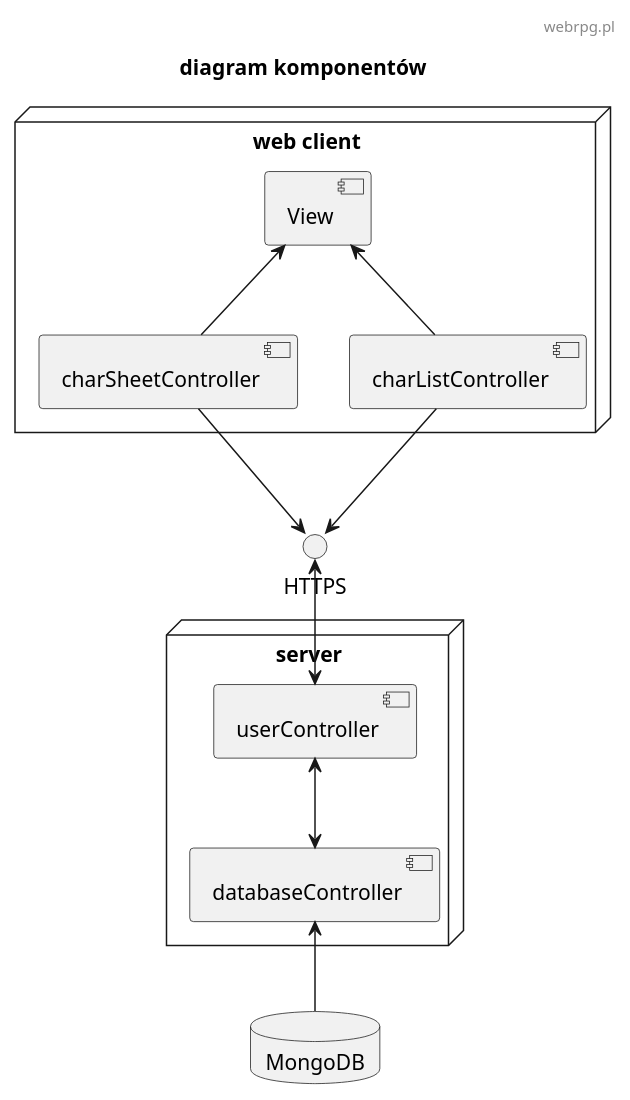
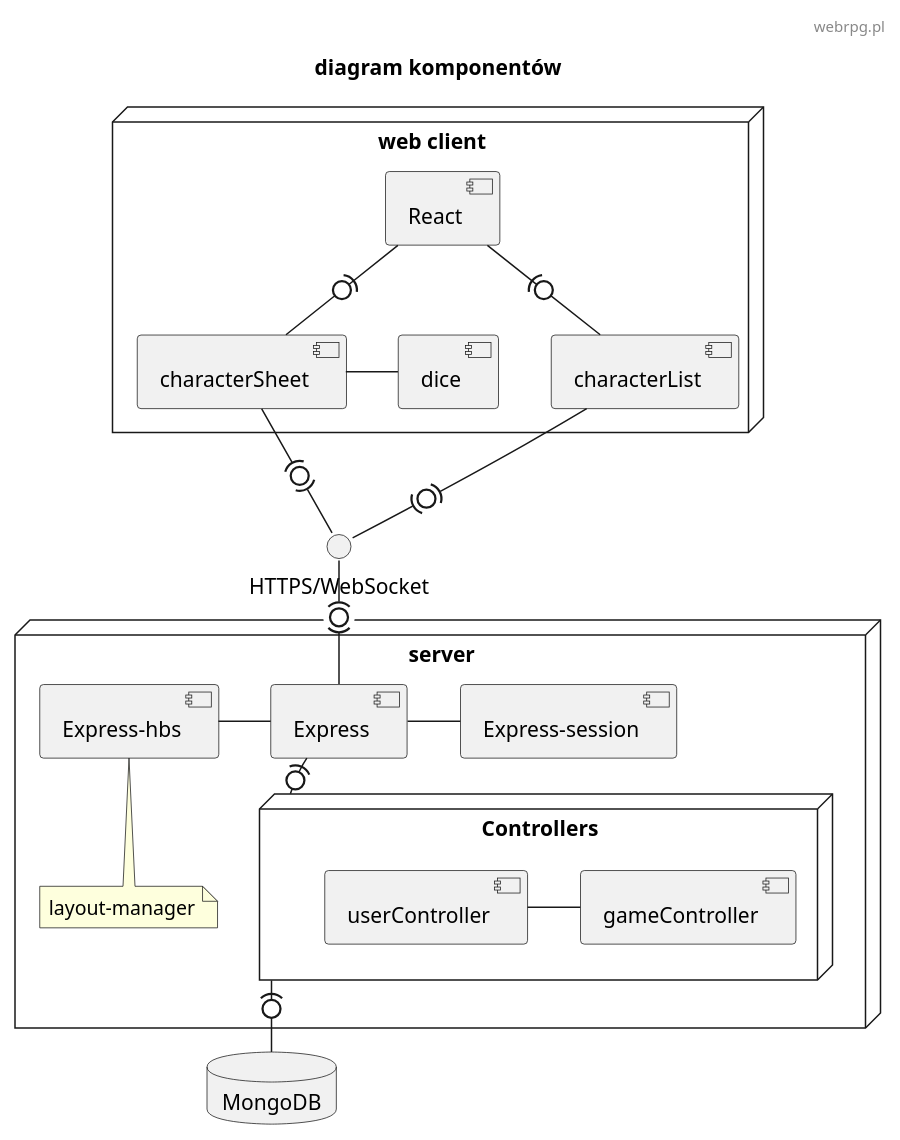
One commit to TheVivent-Politechnika-Lodzka/io_webrpg changed the diagram in diagrams/diagram_komponentów.plantuml. Above: the diagram before and after it, drawn with PlantUML. The commit also changed 1 other file, not shown here.

Commit message:
diagram komponentów porobiony(?)

```diff
--- a/diagrams/diagram_komponentów.plantuml
+++ b/diagrams/diagram_komponentów.plantuml
@@ -1,28 +1,40 @@
 @startuml
 skinparam defaultFontName "Comic Sans MS"
 header webrpg.pl
 title "diagram komponentów"
 'left to right direction
 
-interface HTTPS
+interface "HTTPS/WebSocket" as HTTPS
 
 node "web client" {
     '[View] <-- HTTPS
-    [View] <-- [charSheetController] 
-    [View] <-- [charListController]
-    [charSheetController] --> HTTPS
-    [charListController] --> HTTPS
+    [React] -(0- [characterSheet] 
+    [React] -(0- [characterList]
+    [characterSheet] -(0)- HTTPS
+    [characterSheet] - [dice]
+    [characterList] -(0)- HTTPS
 
 }
 
 node "server" {
-    [userController] <--> [databaseController] 
-    HTTPS <--> [userController]
     
+    HTTPS -(0)- [Express]
+    [Express-hbs] - [Express]
+    [Express] - [Express-session]
+    note bottom of [Express-hbs]
+        layout-manager
+    end note
+
+
+    [Express] -(0- Controllers
+    node Controllers {
+        [userController] - [gameController]
+    }
+
 }
 
 
 database "MongoDB"
-[databaseController] <-- MongoDB
+Controllers -(0- MongoDB
 
 @enduml
```
